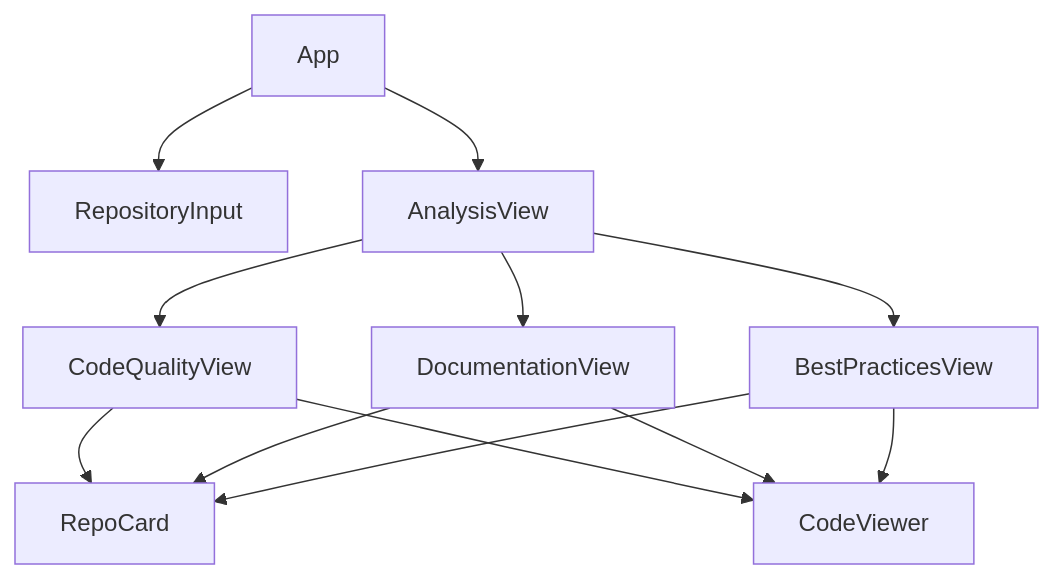
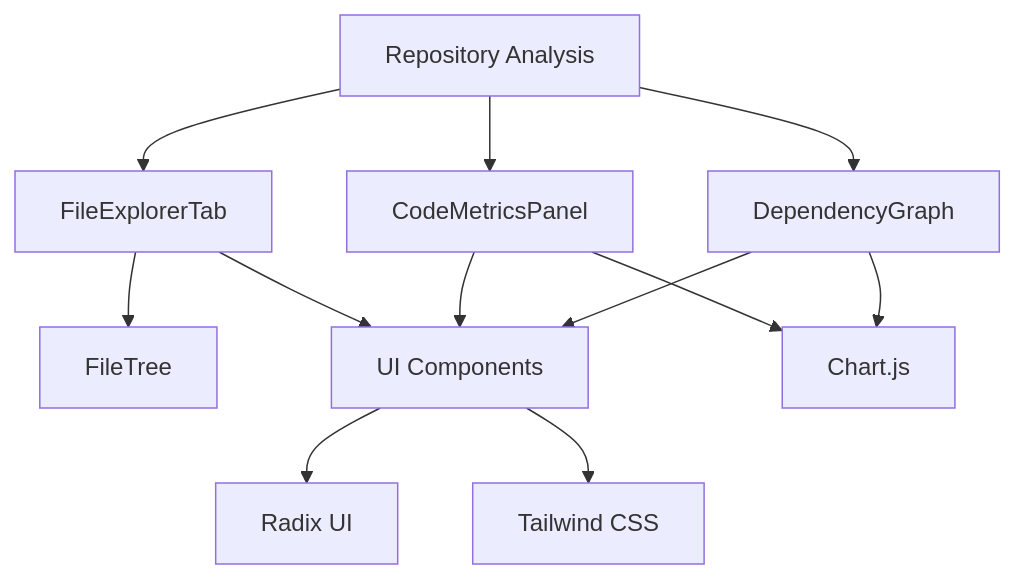
Before and after one commit to ALehav1/RepoAnalyzer: the fourth of 8 diagrams in README.md, drawn with Mermaid. The commit also changed other lines of this file, not shown here.

````diff
--- a/README.md
+++ b/README.md
@@ -545,10 +1542,14 @@
 ```mermaid
 graph TD
-    A[App] --> B[RepositoryInput]
-    A --> C[AnalysisView]
-    C --> D[CodeQualityView]
-    C --> E[DocumentationView]
-    C --> F[BestPracticesView]
-    D & E & F --> G[RepoCard]
-    D & E & F --> H[CodeViewer]
+    A[Repository Analysis] --> B[FileExplorerTab]
+    A --> C[CodeMetricsPanel]
+    A --> D[DependencyGraph]
+    B --> E[FileTree]
+    B --> F[UI Components]
+    C --> G[Chart.js]
+    C --> F
+    D --> G
+    D --> F
+    F --> H[Radix UI]
+    F --> I[Tailwind CSS]
 ```
````
